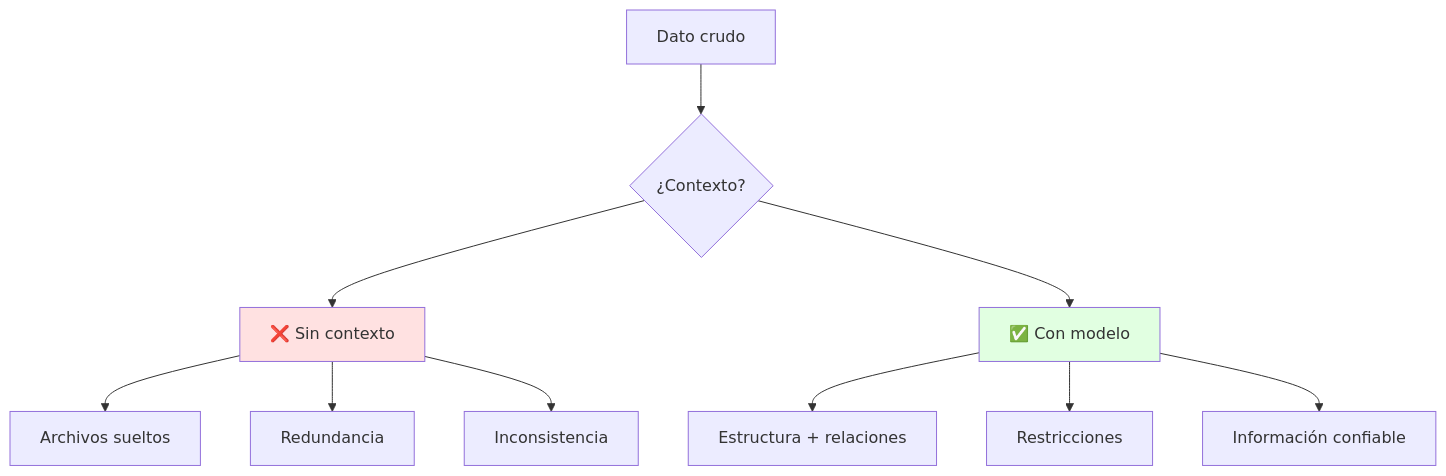
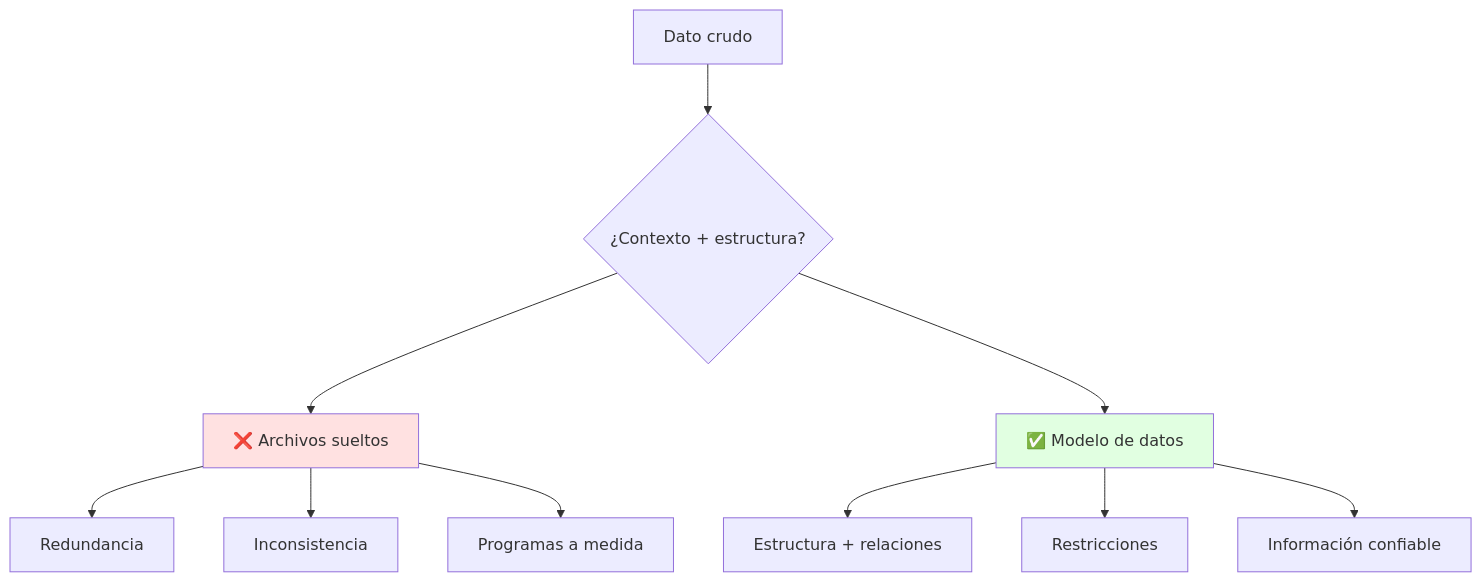
One commit to Fsteven22/Notas-de-Universidad-Freddy-Sanchez- changed the first of 2 diagrams in Universidad/3er Semestre/Sistema de Bases de Datos/Unidad 1 - Modelos de Datos y ER/01 - Dato, información y modelos de datos.md. Above: the diagram before and after it, drawn with Mermaid. The commit also changed other lines of this file and 28 other files, not shown here.

````diff
--- a/Universidad/3er Semestre/Sistema de Bases de Datos/Unidad 1 - Modelos de Datos y ER/01 - Dato, información y modelos de datos.md
+++ b/Universidad/3er Semestre/Sistema de Bases de Datos/Unidad 1 - Modelos de Datos y ER/01 - Dato, información y modelos de datos.md
@@ -28,17 +19,17 @@
 ```mermaid
 graph TB
-    A[Dato crudo] --> B{¿Contexto?}
-    B --> C[❌ Sin contexto]
-    B --> D[✅ Con modelo]
+    A[Dato crudo] --> B{¿Contexto + estructura?}
+    B --> C[❌ Archivos sueltos]
+    B --> D[✅ Modelo de datos]
 
-    C --> C1[Archivos sueltos]
-    C --> C2[Redundancia]
-    C --> C3[Inconsistencia]
+    C --> C1[Redundancia]
+    C --> C2[Inconsistencia]
+    C --> C3[Programas a medida]
 
     D --> D1[Estructura + relaciones]
     D --> D2[Restricciones]
     D --> D3[Información confiable]
 
     style C fill:#ffe1e1
     style D fill:#e1ffe1
 ```
````
